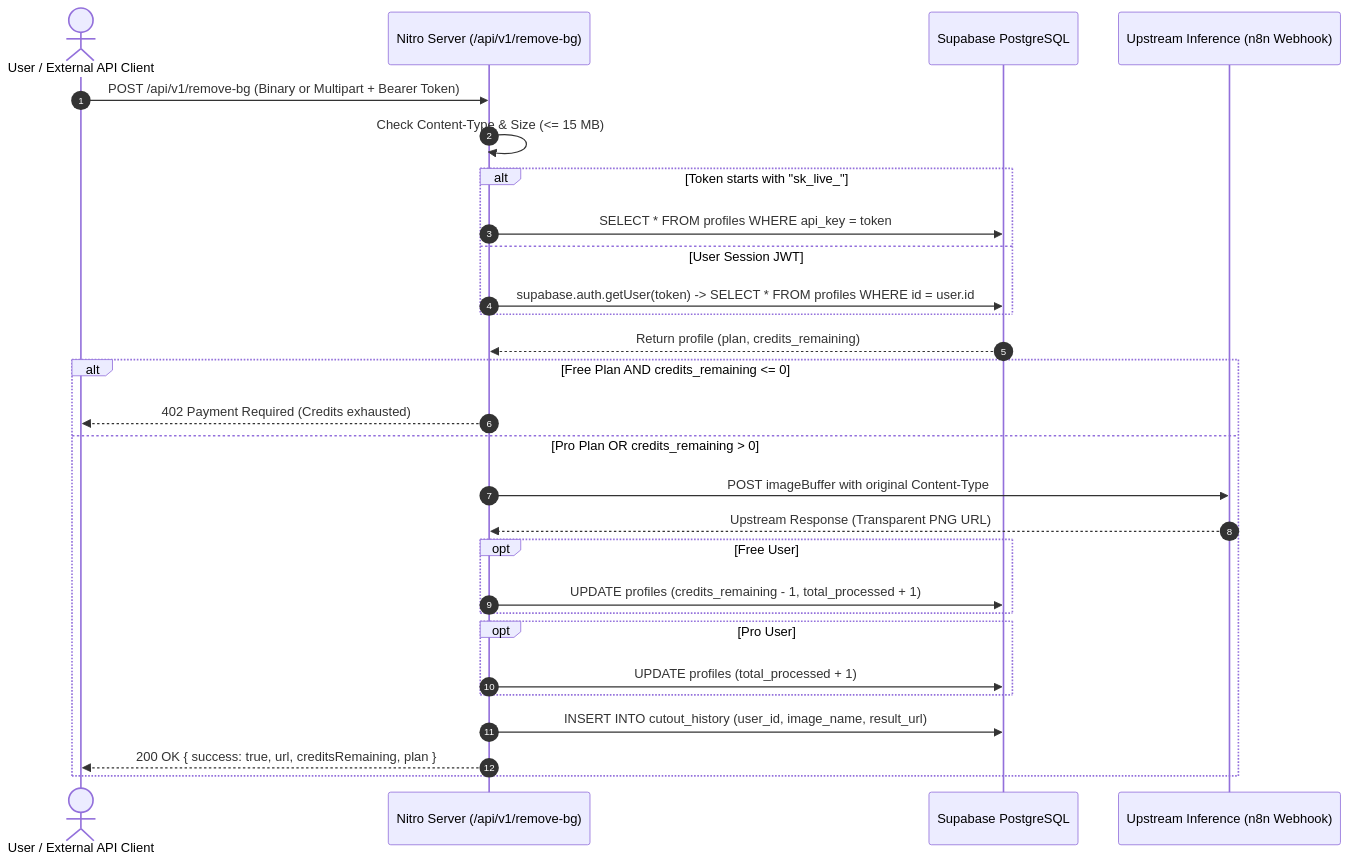
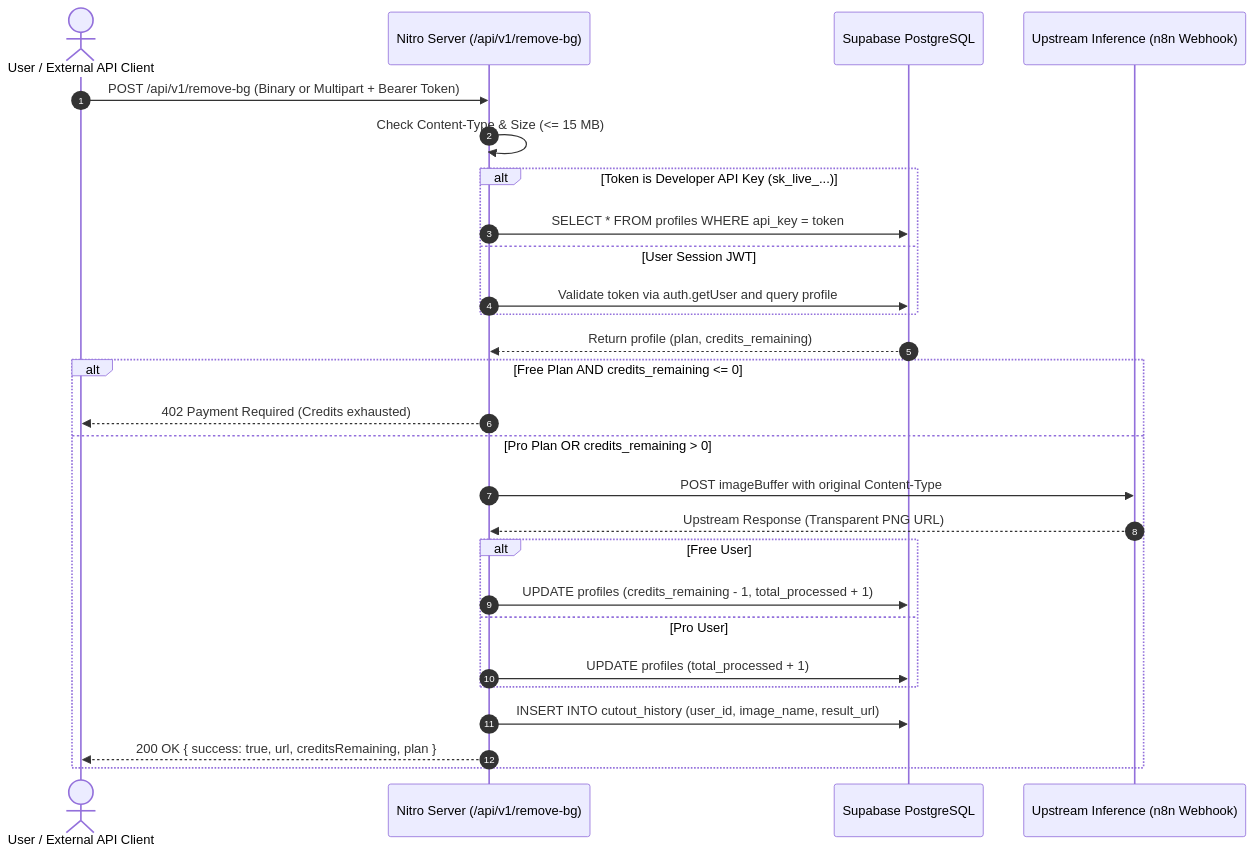
The second of 5 diagrams in README.md (still-trying/Sn_apKut-AI), drawn with Mermaid before and after one commit. The commit also changed other lines of this file, not shown here.

Commit message:
fix(docs): resolve Mermaid sequenceDiagram block syntax error in README

````diff
--- a/README.md
+++ b/README.md
@@ -136,36 +136,35 @@
 ```mermaid
 sequenceDiagram
     autonumber
     actor Client as User / External API Client
     participant Server as Nitro Server (/api/v1/remove-bg)
     participant DB as Supabase PostgreSQL
     participant ML as Upstream Inference (n8n Webhook)
 
     Client->>Server: POST /api/v1/remove-bg (Binary or Multipart + Bearer Token)
     Server->>Server: Check Content-Type & Size (<= 15 MB)
 
-    alt Token starts with "sk_live_"
+    alt Token is Developer API Key (sk_live_...)
         Server->>DB: SELECT * FROM profiles WHERE api_key = token
     else User Session JWT
-        Server->>DB: supabase.auth.getUser(token) -> SELECT * FROM profiles WHERE id = user.id
+        Server->>DB: Validate token via auth.getUser and query profile
     end
 
     DB-->>Server: Return profile (plan, credits_remaining)
 
     alt Free Plan AND credits_remaining <= 0
         Server-->>Client: 402 Payment Required (Credits exhausted)
     else Pro Plan OR credits_remaining > 0
         Server->>ML: POST imageBuffer with original Content-Type
         ML-->>Server: Upstream Response (Transparent PNG URL)
         
-        opt Free User
+        alt Free User
             Server->>DB: UPDATE profiles (credits_remaining - 1, total_processed + 1)
-        end
-        opt Pro User
+        else Pro User
             Server->>DB: UPDATE profiles (total_processed + 1)
         end
         
         Server->>DB: INSERT INTO cutout_history (user_id, image_name, result_url)
         Server-->>Client: 200 OK { success: true, url, creditsRemaining, plan }
     end
 ```
````
